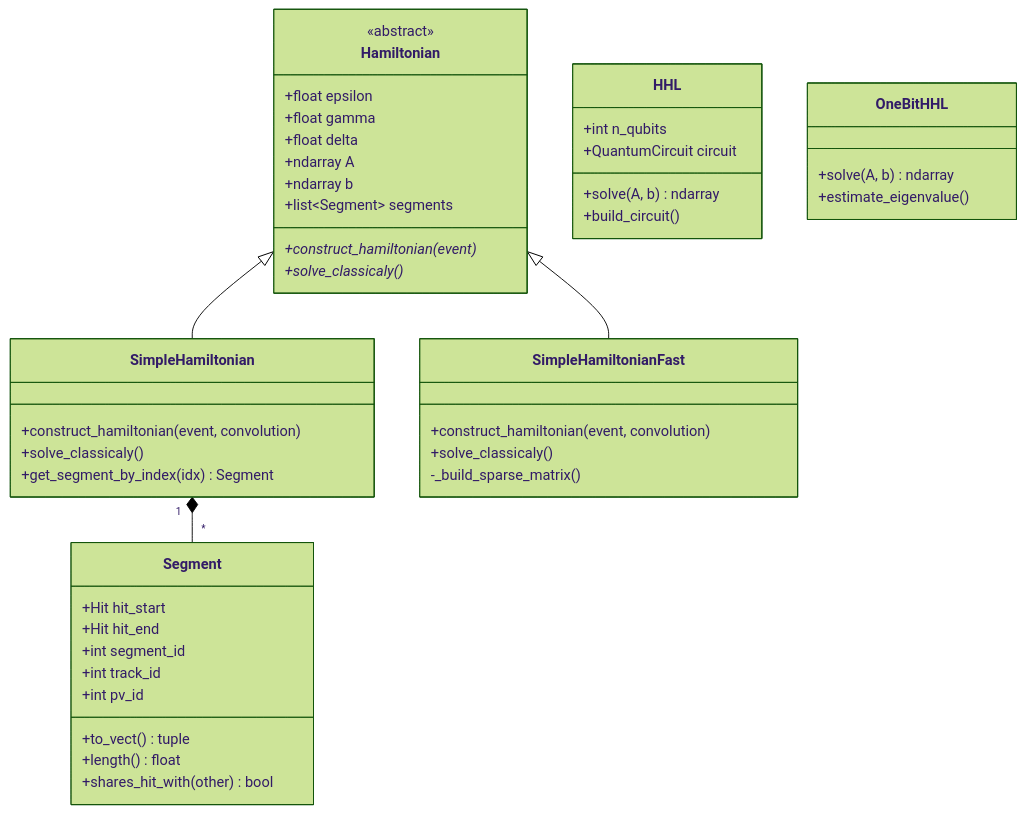
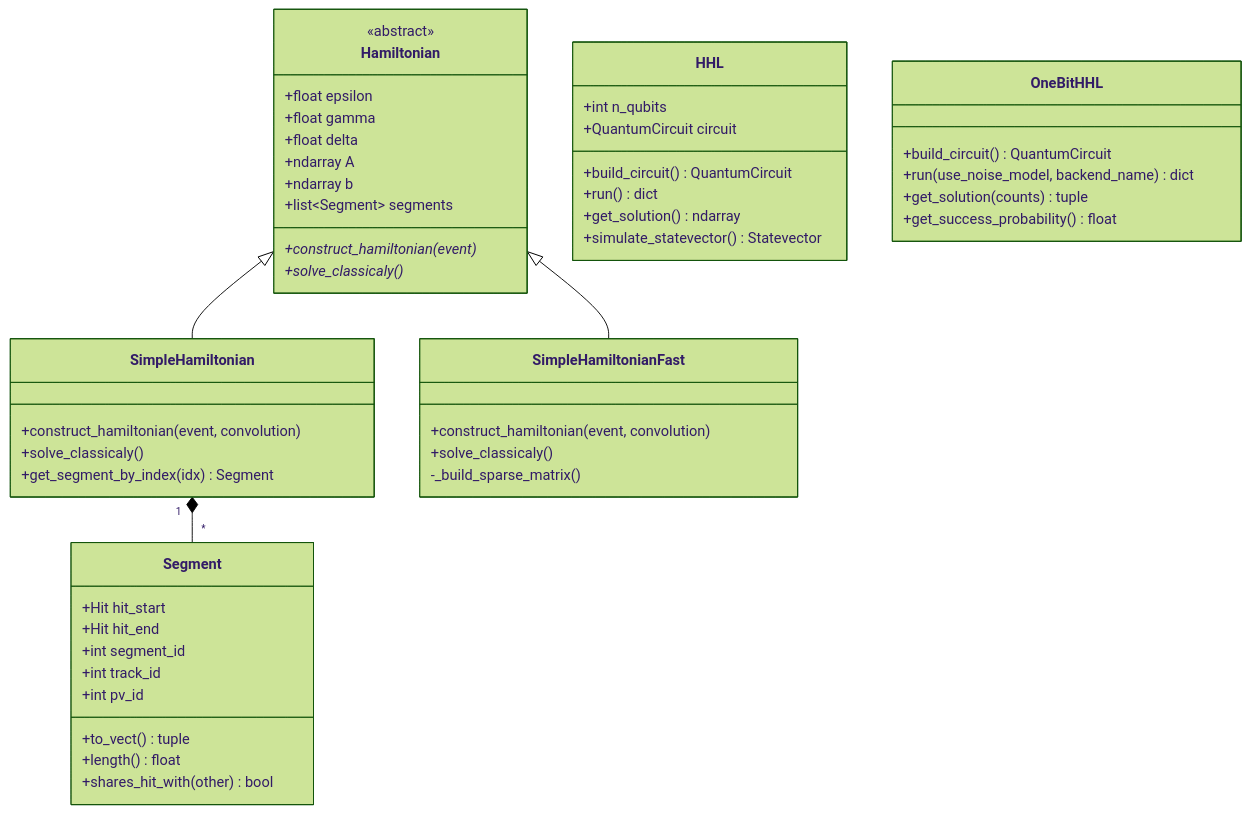
One commit to GeorgeWilliam1999/LHCb_VeLo_Toy_Model changed the seventh of 13 diagrams in docs/WORKFLOW_OVERVIEW.md. Above: the diagram before and after it, drawn with Mermaid (forest theme). The commit also changed other lines of this file and 14 other files, not shown here.

````diff
--- a/docs/WORKFLOW_OVERVIEW.md
+++ b/docs/WORKFLOW_OVERVIEW.md
@@ -594,54 +593,58 @@
 ```mermaid
 classDiagram
     class Hamiltonian {
         <<abstract>>
         +float epsilon
         +float gamma
         +float delta
         +ndarray A
         +ndarray b
         +list~Segment~ segments
         +construct_hamiltonian(event)*
         +solve_classicaly()*
     }
     
     class SimpleHamiltonian {
         +construct_hamiltonian(event, convolution)
         +solve_classicaly()
         +get_segment_by_index(idx) Segment
     }
     
     class SimpleHamiltonianFast {
         +construct_hamiltonian(event, convolution)
         +solve_classicaly()
         -_build_sparse_matrix()
     }
     
     class HHL {
         +int n_qubits
         +QuantumCircuit circuit
-        +solve(A, b) ndarray
-        +build_circuit()
+        +build_circuit() QuantumCircuit
+        +run() dict
+        +get_solution() ndarray
+        +simulate_statevector() Statevector
     }
     
     class OneBitHHL {
-        +solve(A, b) ndarray
-        +estimate_eigenvalue()
+        +build_circuit() QuantumCircuit
+        +run(use_noise_model, backend_name) dict
+        +get_solution(counts) tuple
+        +get_success_probability() float
     }
     
     Hamiltonian <|-- SimpleHamiltonian
     Hamiltonian <|-- SimpleHamiltonianFast
     
     class Segment {
         +Hit hit_start
         +Hit hit_end
         +int segment_id
         +int track_id
         +int pv_id
         +to_vect() tuple
         +length() float
         +shares_hit_with(other) bool
     }
     
     SimpleHamiltonian "1" *-- "*" Segment
 ```
````
